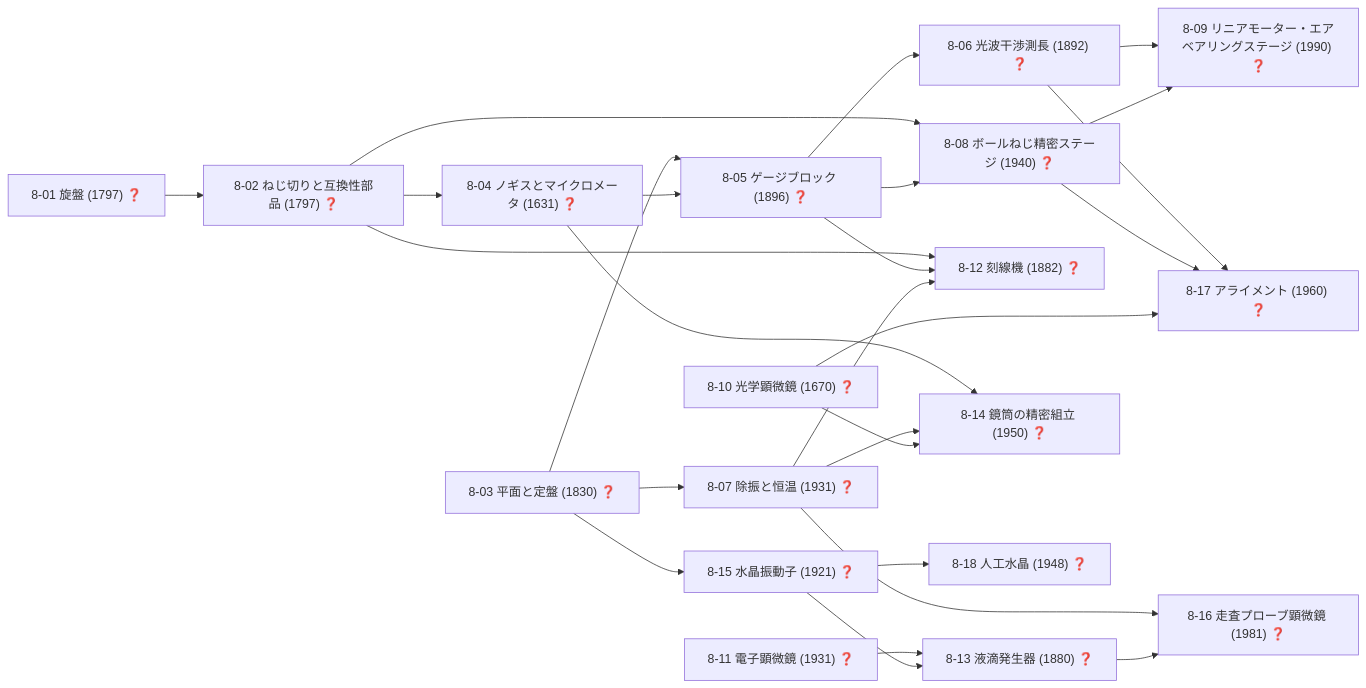
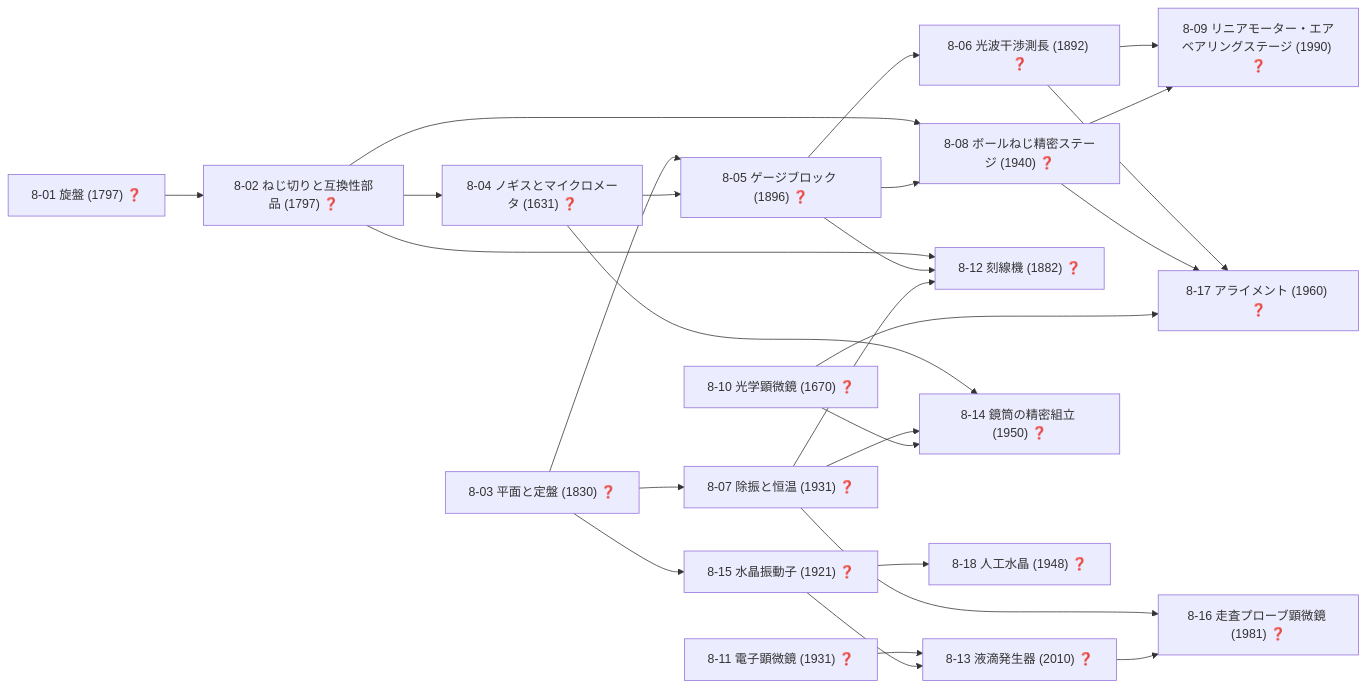
Before and after one commit to taku3i0317-collab/semiconductor-lab: diagram 11 of 19 in docs/TECH_TREE_VIEW.md, drawn with Mermaid. The commit also changed other lines of this file and 7 other files, not shown here.

````diff
--- a/docs/TECH_TREE_VIEW.md
+++ b/docs/TECH_TREE_VIEW.md
@@ -509,46 +510,46 @@
 ```mermaid
 graph LR
   n8_01["8-01 旋盤 (1797) ❓"]
   n8_02["8-02 ねじ切りと互換性部品 (1797) ❓"]
   n8_03["8-03 平面と定盤 (1830) ❓"]
   n8_04["8-04 ノギスとマイクロメータ (1631) ❓"]
   n8_05["8-05 ゲージブロック (1896) ❓"]
   n8_06["8-06 光波干渉測長 (1892) ❓"]
   n8_07["8-07 除振と恒温 (1931) ❓"]
   n8_08["8-08 ボールねじ精密ステージ (1940) ❓"]
   n8_09["8-09 リニアモーター・エアベアリングステージ (1990) ❓"]
   n8_10["8-10 光学顕微鏡 (1670) ❓"]
   n8_11["8-11 電子顕微鏡 (1931) ❓"]
   n8_12["8-12 刻線機 (1882) ❓"]
-  n8_13["8-13 液滴発生器 (1880) ❓"]
+  n8_13["8-13 液滴発生器 (2010) ❓"]
   n8_14["8-14 鏡筒の精密組立 (1950) ❓"]
   n8_15["8-15 水晶振動子 (1921) ❓"]
   n8_16["8-16 走査プローブ顕微鏡 (1981) ❓"]
   n8_17["8-17 アライメント (1960) ❓"]
   n8_18["8-18 人工水晶 (1948) ❓"]
   n8_01-->n8_02
   n8_02-->n8_04
   n8_03-->n8_05
   n8_04-->n8_05
   n8_05-->n8_06
   n8_03-->n8_07
   n8_02-->n8_08
   n8_05-->n8_08
   n8_06-->n8_09
   n8_08-->n8_09
   n8_02-->n8_12
   n8_05-->n8_12
   n8_07-->n8_12
   n8_11-->n8_13
   n8_15-->n8_13
   n8_04-->n8_14
   n8_07-->n8_14
   n8_10-->n8_14
   n8_03-->n8_15
   n8_07-->n8_16
   n8_13-->n8_16
   n8_06-->n8_17
   n8_08-->n8_17
   n8_10-->n8_17
   n8_15-->n8_18
 ```
````
